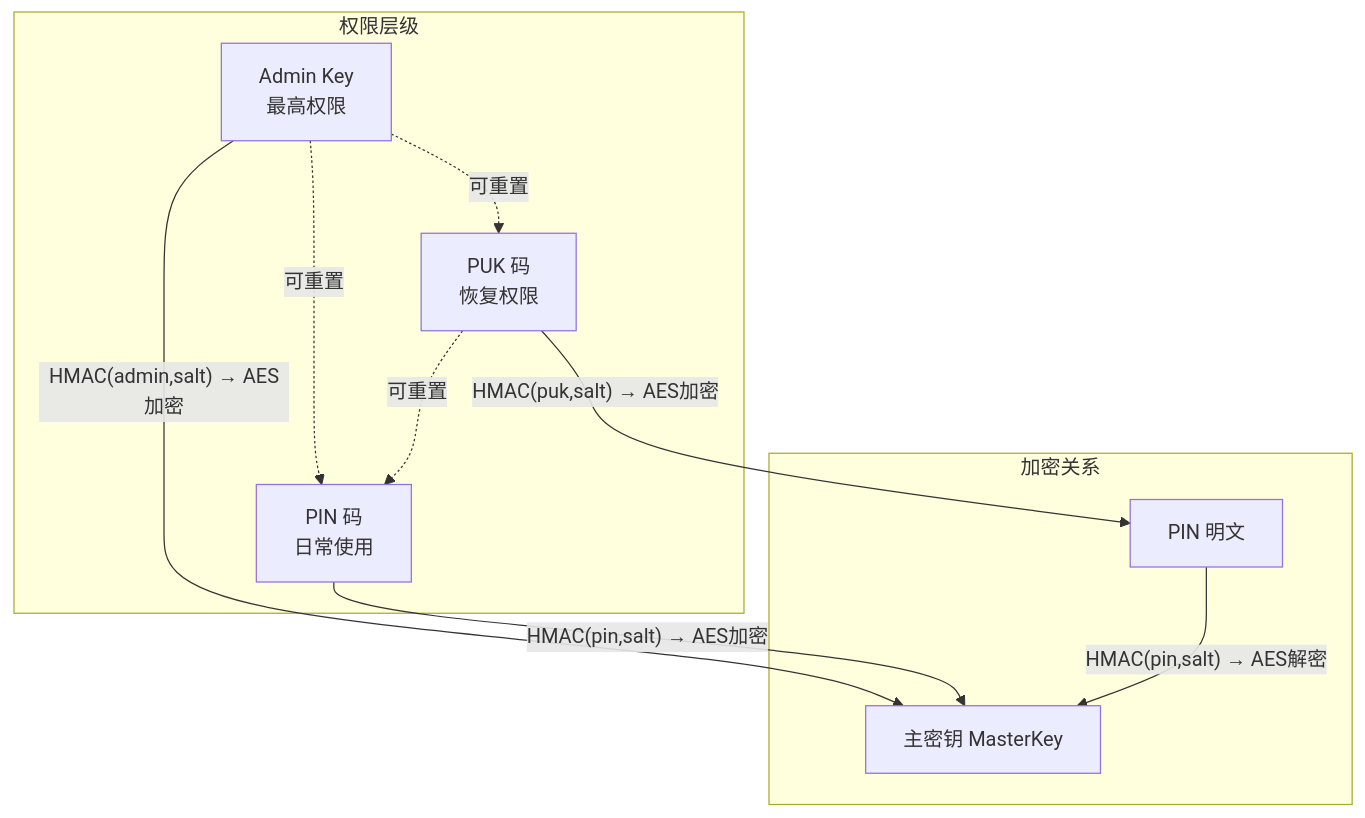
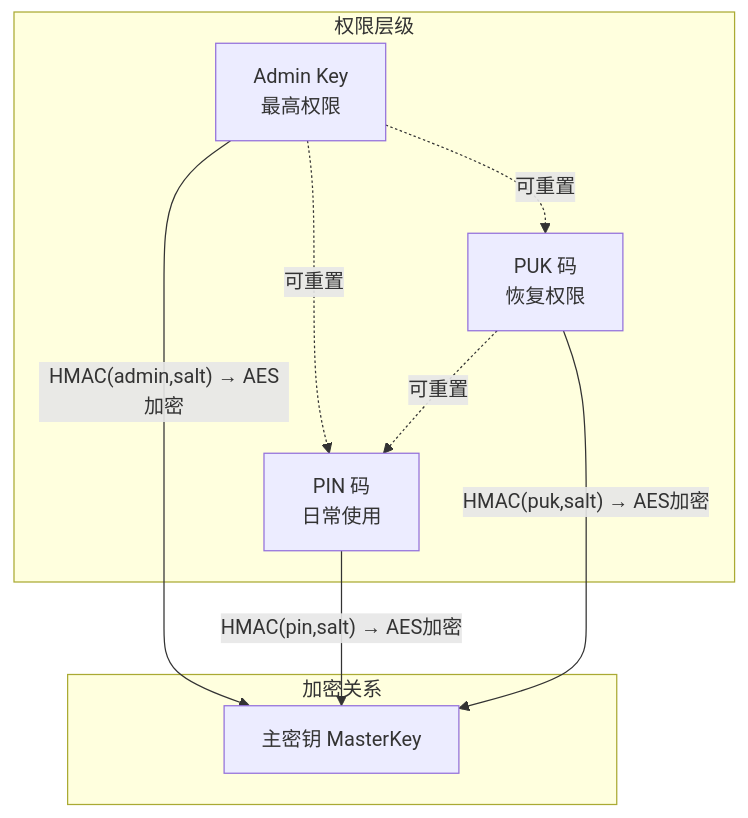
One commit to PIKACHUIM/OpenCert changed the fifth of 20 diagrams in roadmap/15-CRYPTO-FLOWCHART.MD. Above: the diagram before and after it, drawn with Mermaid. The commit also changed other lines of this file and 24 other files, not shown here.

````diff
--- a/roadmap/15-CRYPTO-FLOWCHART.MD
+++ b/roadmap/15-CRYPTO-FLOWCHART.MD
@@ -157,22 +157,20 @@
 ```mermaid
 graph TD
     subgraph 权限层级
         ADMIN_KEY[Admin Key<br/>最高权限]
         PUK_KEY[PUK 码<br/>恢复权限]
         PIN_KEY[PIN 码<br/>日常使用]
     end
 
     subgraph 加密关系
         MK[主密钥 MasterKey]
-        PIN_TEXT[PIN 明文]
     end
 
     ADMIN_KEY -->|"HMAC(admin,salt) → AES加密"| MK
     PIN_KEY -->|"HMAC(pin,salt) → AES加密"| MK
-    PUK_KEY -->|"HMAC(puk,salt) → AES加密"| PIN_TEXT
-    PIN_TEXT -->|"HMAC(pin,salt) → AES解密"| MK
+    PUK_KEY -->|"HMAC(puk,salt) → AES加密"| MK
 
     ADMIN_KEY -.->|可重置| PUK_KEY
     ADMIN_KEY -.->|可重置| PIN_KEY
     PUK_KEY -.->|可重置| PIN_KEY
 ```
````
